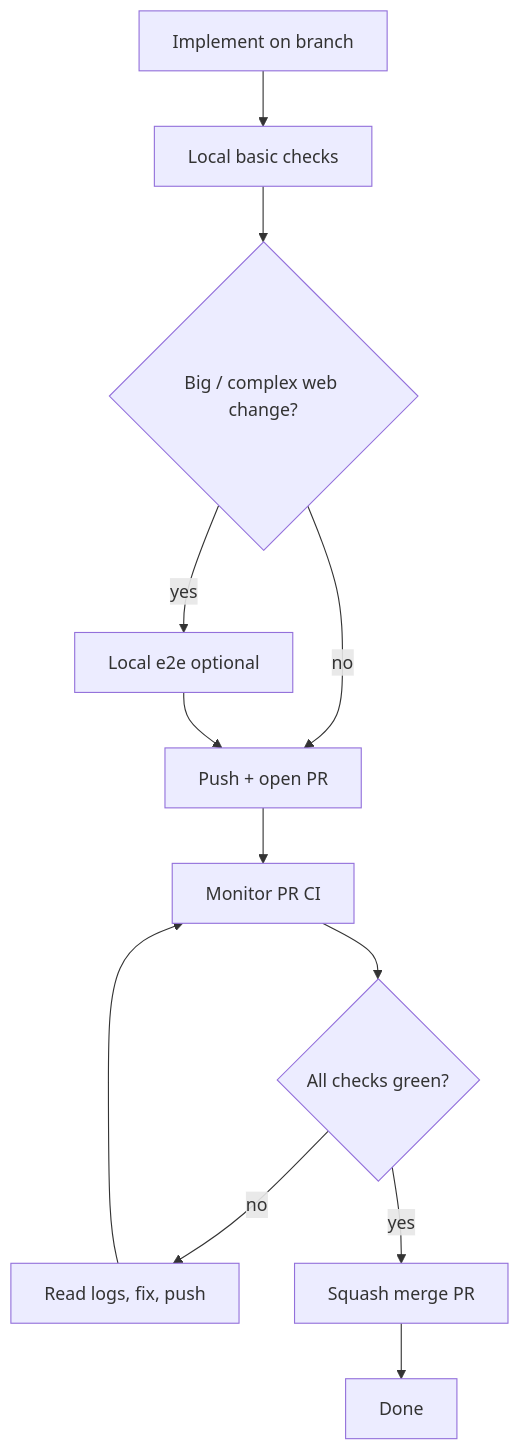
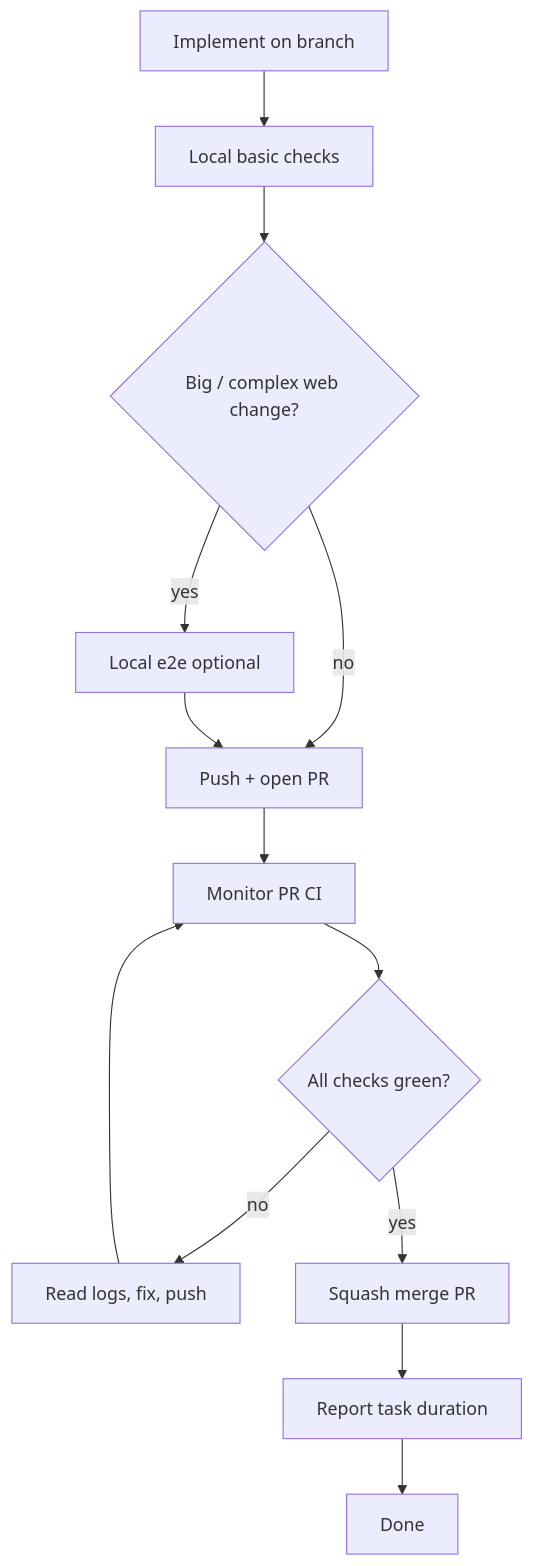
The diagram in .cortex/workflows/pull-requests.md (meta-secret/nook), drawn with Mermaid before and after one commit. The commit also changed other lines of this file and 2 other files, not shown here.

First line of the commit message:
Document agent task duration reporting in .cortex.

````diff
--- a/.cortex/workflows/pull-requests.md
+++ b/.cortex/workflows/pull-requests.md
@@ -24,14 +24,15 @@
 ```mermaid
 flowchart TD
   A[Implement on branch] --> B[Local basic checks]
   B --> C{Big / complex web change?}
   C -->|yes| D[Local e2e optional]
   C -->|no| E[Push + open PR]
   D --> E
   E --> F[Monitor PR CI]
   F --> G{All checks green?}
   G -->|no| H[Read logs, fix, push]
   H --> F
   G -->|yes| I[Squash merge PR]
-  I --> J[Done]
+  I --> J[Report task duration]
+  J --> K[Done]
 ```
````
